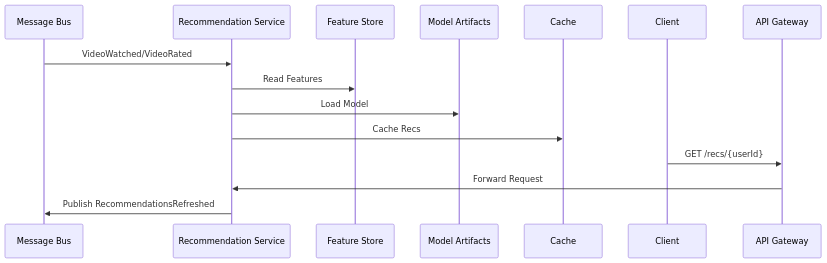
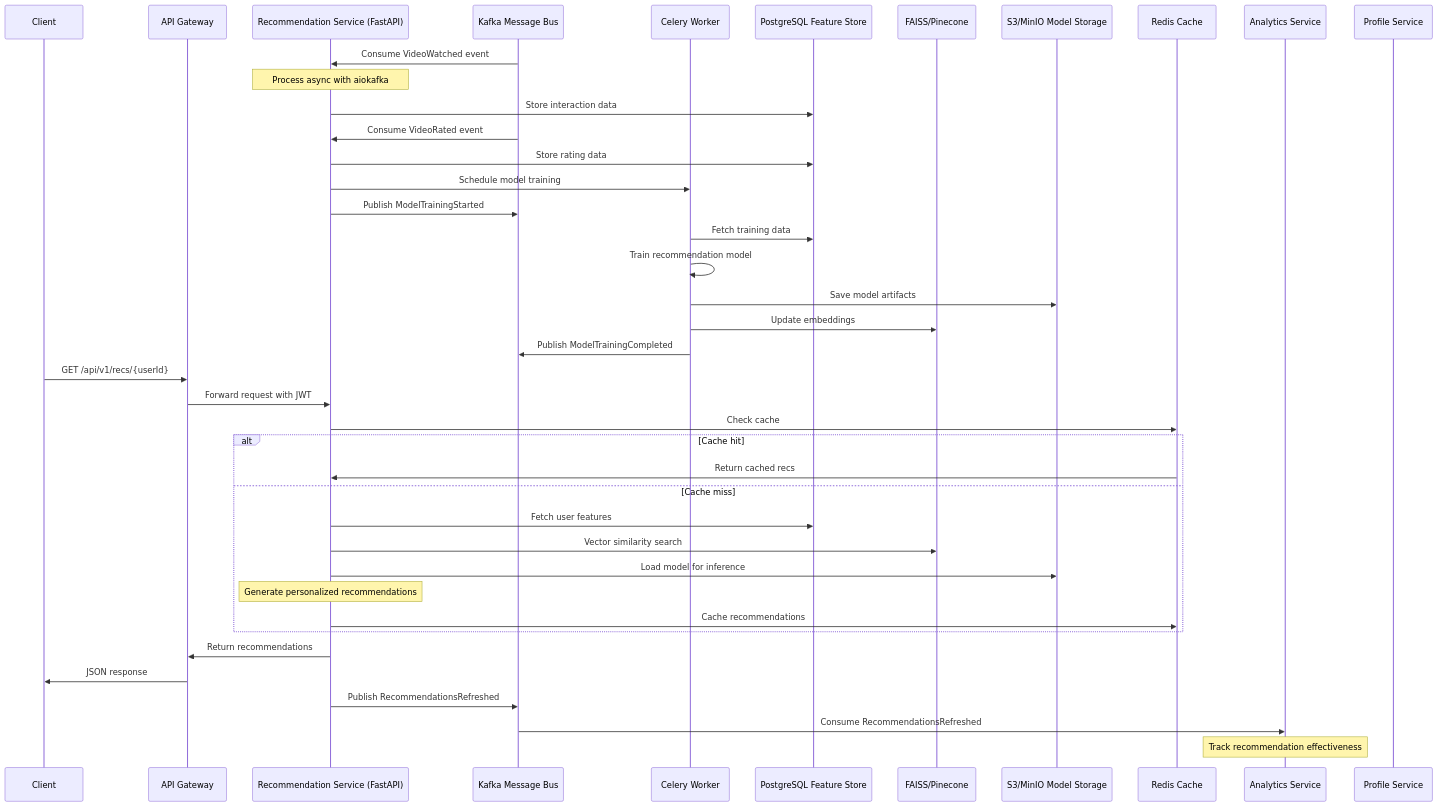
Before and after one commit to LoudlyDawn2108/netflix-clone: the second of 2 diagrams in services/recommend/README.md, drawn with Mermaid. The commit also changed other lines of this file and 4 other files, not shown here.

Commit message:
Add detailed documentation for API Gateway enhancements and service specifications

````diff
--- a/services/recommend/README.md
+++ b/services/recommend/README.md
@@ -83,18 +262,54 @@
 ```mermaid
 sequenceDiagram
-    participant Bus as Message Bus
-    participant RecService as Recommendation Service
-    participant DB as Feature Store
-    participant S3 as Model Artifacts
-    participant Redis as Cache
     participant Client
     participant API_Gateway as API Gateway
+    participant RecService as Recommendation Service (FastAPI)
+    participant Kafka as Kafka Message Bus
+    participant Worker as Celery Worker
+    participant DB as PostgreSQL Feature Store
+    participant VectorDB as FAISS/Pinecone
+    participant S3 as S3/MinIO Model Storage
+    participant Redis as Redis Cache
+    participant Analytics as Analytics Service
+    participant Profile as Profile Service
 
-    Bus->>RecService: VideoWatched/VideoRated
-    RecService->>DB: Read Features
-    RecService->>S3: Load Model
-    RecService->>Redis: Cache Recs
-    Client->>API_Gateway: GET /recs/{userId}
-    API_Gateway->>RecService: Forward Request
-    RecService->>Bus: Publish RecommendationsRefreshed
+    %% Event consumption flow
+    Kafka->>RecService: Consume VideoWatched event
+    Note over RecService: Process async with aiokafka
+    RecService->>DB: Store interaction data
+
+    Kafka->>RecService: Consume VideoRated event
+    RecService->>DB: Store rating data
+
+    %% Training flow
+    RecService->>Worker: Schedule model training
+    RecService->>Kafka: Publish ModelTrainingStarted
+    Worker->>DB: Fetch training data
+    Worker->>Worker: Train recommendation model
+    Worker->>S3: Save model artifacts
+    Worker->>VectorDB: Update embeddings
+    Worker->>Kafka: Publish ModelTrainingCompleted
+
+    %% Recommendation serving flow
+    Client->>API_Gateway: GET /api/v1/recs/{userId}
+    API_Gateway->>RecService: Forward request with JWT
+    RecService->>Redis: Check cache
+
+    alt Cache hit
+        Redis->>RecService: Return cached recs
+    else Cache miss
+        RecService->>DB: Fetch user features
+        RecService->>VectorDB: Vector similarity search
+        RecService->>S3: Load model for inference
+        Note over RecService: Generate personalized recommendations
+        RecService->>Redis: Cache recommendations
+    end
+
+    RecService->>API_Gateway: Return recommendations
+    API_Gateway->>Client: JSON response
+    RecService->>Kafka: Publish RecommendationsRefreshed
+
+    %% Downstream consumers
+    Kafka->>Analytics: Consume RecommendationsRefreshed
+    Note over Analytics: Track recommendation effectiveness
 ```
````
